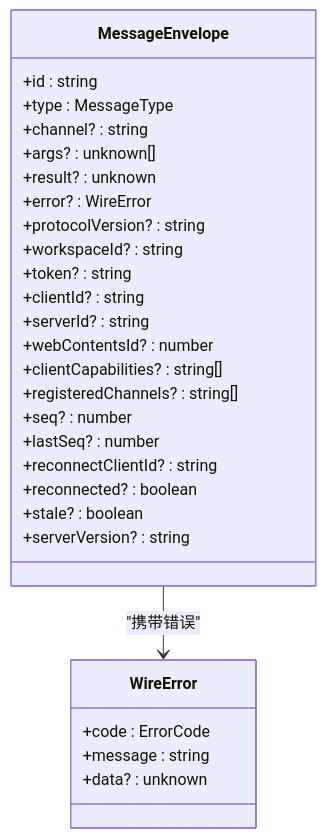
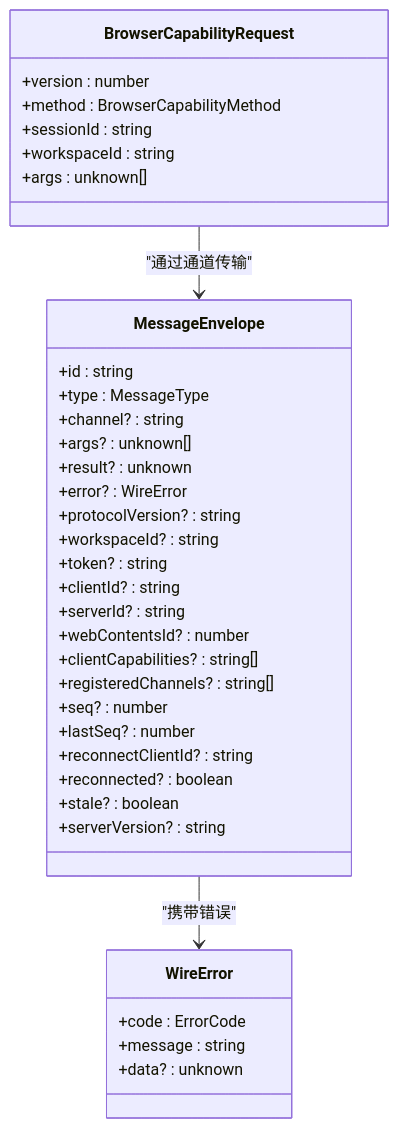
One commit to haolange/craft-agents-oss changed the sixth of 11 diagrams in .qoder/repowiki/zh/content/服务器架构/服务器核心/服务器核心.md. Above: the diagram before and after it, drawn with Mermaid. The commit also changed other lines of this file and 5 other files, not shown here.

````diff
--- a/.qoder/repowiki/zh/content/服务器架构/服务器核心/服务器核心.md
+++ b/.qoder/repowiki/zh/content/服务器架构/服务器核心/服务器核心.md
@@ -227,31 +281,39 @@
 ```mermaid
 classDiagram
 class MessageEnvelope {
 +id : string
 +type : MessageType
 +channel? : string
 +args? : unknown[]
 +result? : unknown
 +error? : WireError
 +protocolVersion? : string
 +workspaceId? : string
 +token? : string
 +clientId? : string
 +serverId? : string
 +webContentsId? : number
 +clientCapabilities? : string[]
 +registeredChannels? : string[]
 +seq? : number
 +lastSeq? : number
 +reconnectClientId? : string
 +reconnected? : boolean
 +stale? : boolean
 +serverVersion? : string
 }
+class BrowserCapabilityRequest {
++version : number
++method : BrowserCapabilityMethod
++sessionId : string
++workspaceId : string
++args : unknown[]
+}
 class WireError {
 +code : ErrorCode
 +message : string
 +data? : unknown
 }
 MessageEnvelope --> WireError : "携带错误"
+BrowserCapabilityRequest --> MessageEnvelope : "通过通道传输"
 ```
````
